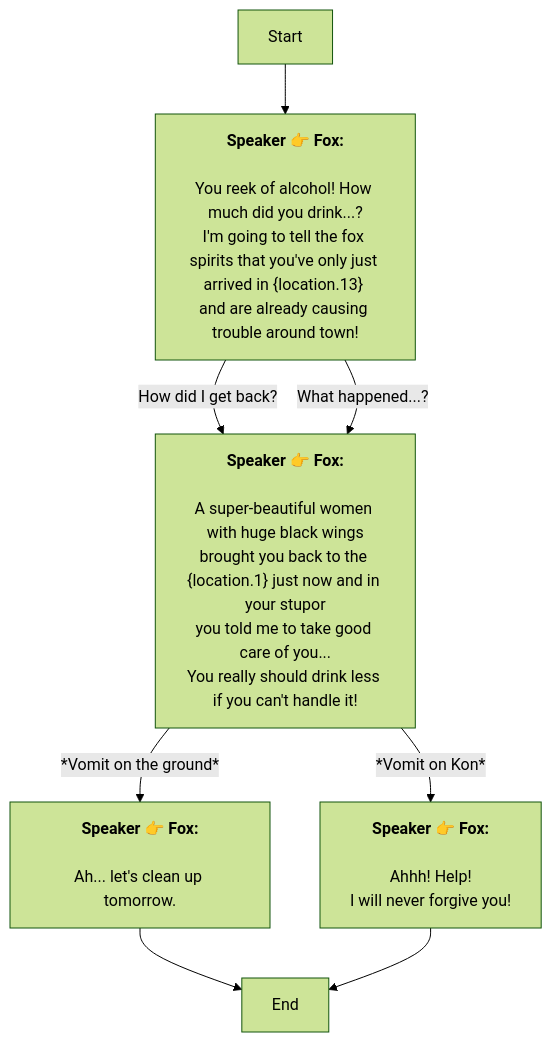
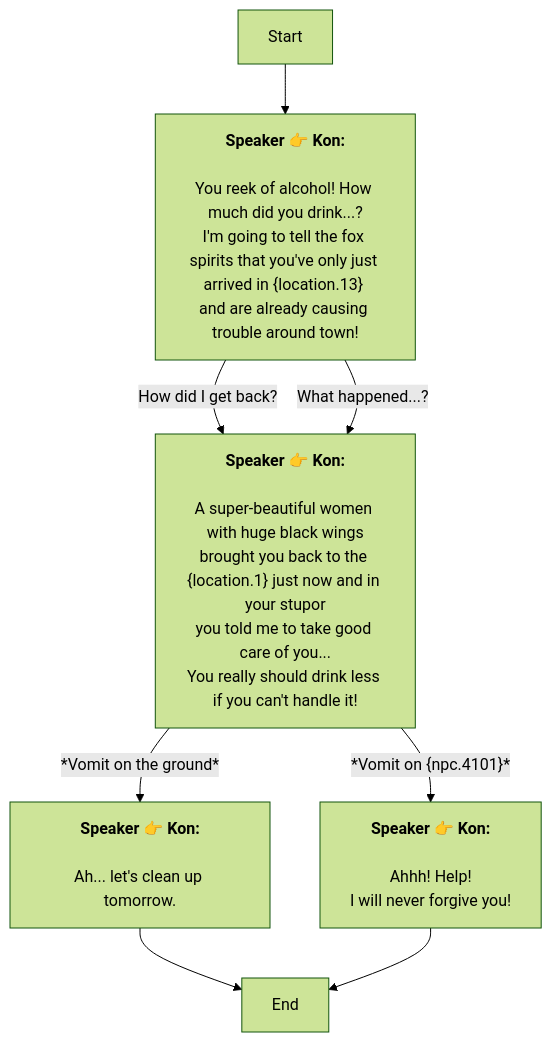
The diagram in En/QuestStartTalkENode_1752687021596434.md (SoftHu/tos_avg), drawn with Mermaid (forest theme) before and after one commit. The commit also changed 730 other files, not shown here.

````diff
--- a/En/QuestStartTalkENode_1752687021596434.md
+++ b/En/QuestStartTalkENode_1752687021596434.md
@@ -1,23 +1,23 @@
 ```mermaid
 graph
-Start -->1752687201954582[<b>Speaker 👉 Fox:</b>
+Start -->1752687201954582[<b>Speaker 👉 Kon:</b>
 \nYou reek of alcohol! How much did you drink...?
 I'm going to tell the fox spirits that you've only just arrived in &lbrace;location.13&rbrace; 
 and are already causing trouble around town!]
-1752687201954582 -->|How did I get back?|1752687277469468[<b>Speaker 👉 Fox:</b>
+1752687201954582 -->|How did I get back?|1752687277469468[<b>Speaker 👉 Kon:</b>
 \nA super-beautiful women with huge black wings
 brought you back to the &lbrace;location.1&rbrace; just now and in your stupor
 you told me to take good care of you...\nYou really should drink less if you can't handle it!]
-1752687201954582 -->|What happened...?|1752687277469468[<b>Speaker 👉 Fox:</b>
+1752687201954582 -->|What happened...?|1752687277469468[<b>Speaker 👉 Kon:</b>
 \nA super-beautiful women with huge black wings
 brought you back to the &lbrace;location.1&rbrace; just now and in your stupor
 you told me to take good care of you...\nYou really should drink less if you can't handle it!]
-1752687277469468 -->|*Vomit on Kon*|1752687530644259[<b>Speaker 👉 Fox:</b>
+1752687277469468 -->|*Vomit on the ground*|1752687518832418[<b>Speaker 👉 Kon:</b>
+\nAh... let's clean up tomorrow.]
+1752687277469468 -->|*Vomit on &lbrace;npc.4101&rbrace;*|1752687530644259[<b>Speaker 👉 Kon:</b>
 \nAhhh! Help!
 I will never forgive you!]
-1752687277469468 -->|*Vomit on the ground*|1752687518832418[<b>Speaker 👉 Fox:</b>
-\nAh... let's clean up tomorrow.]
 1752687518832418 -->1752687575909156[End]
 1752687530644259 -->1752687575909156[End]
 
 ```
````
